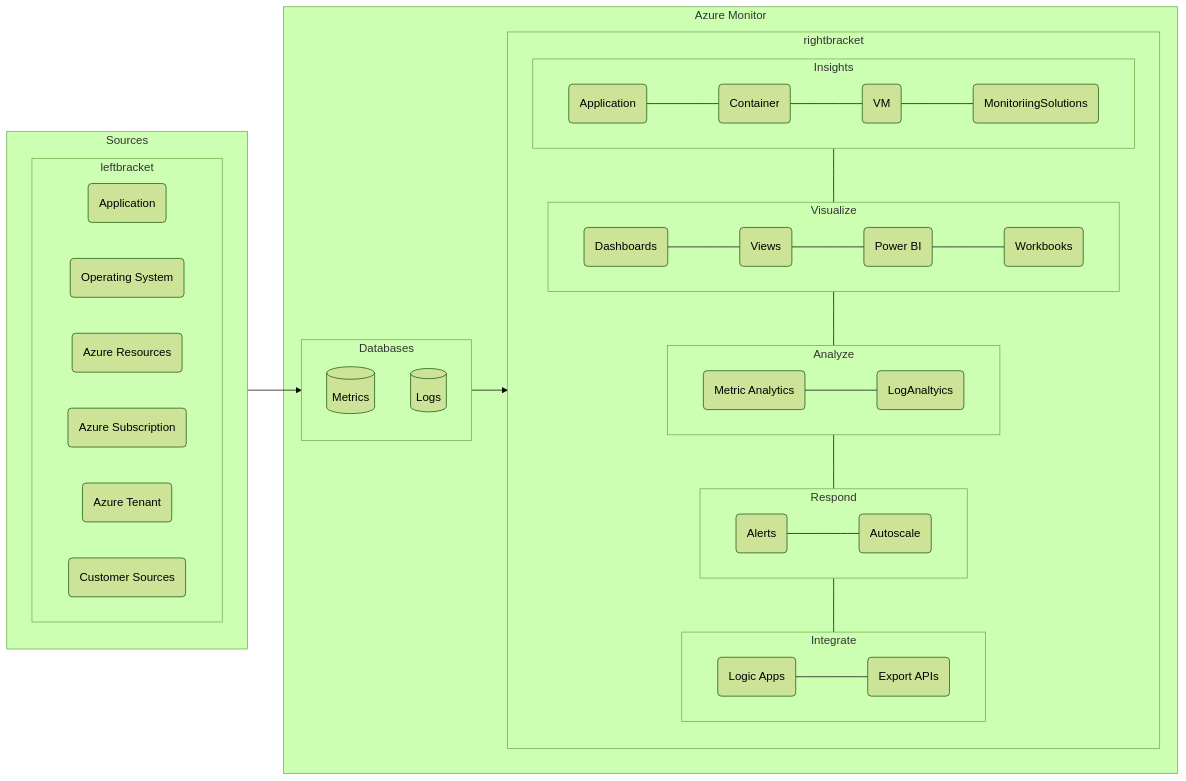
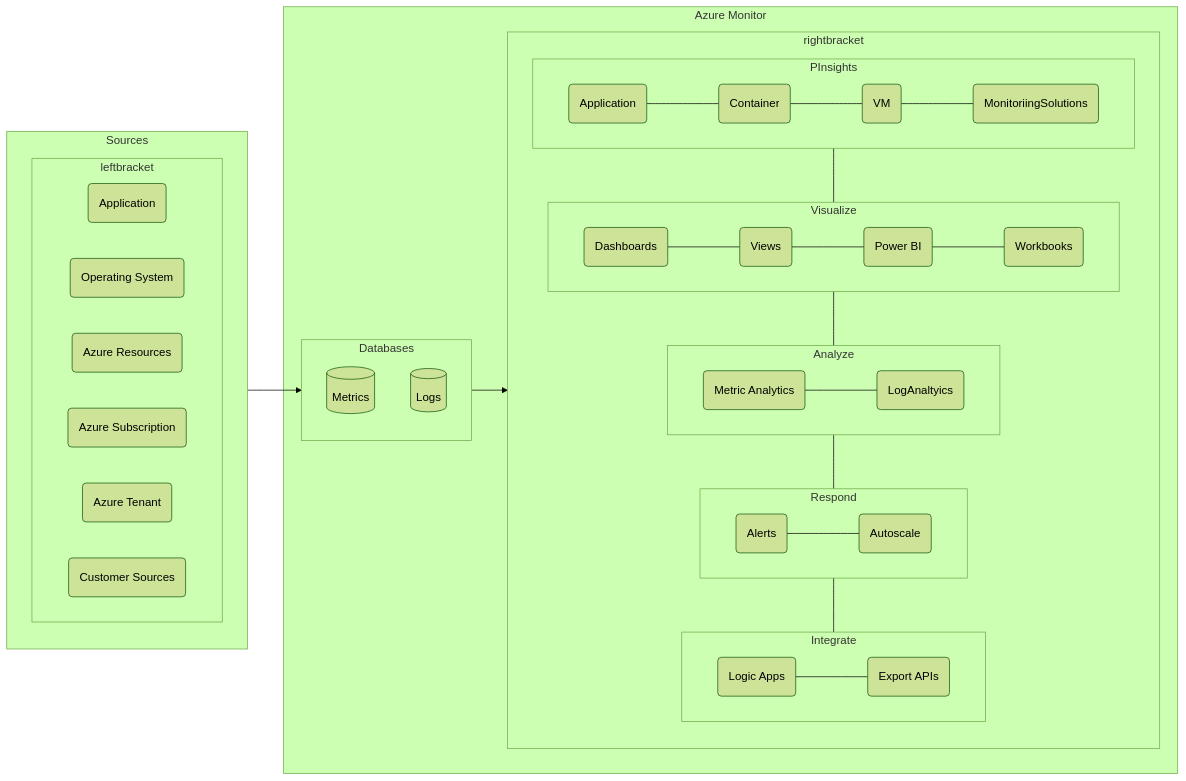
Before and after one commit to IngridAtMicrosoft/DocsContent: the diagram in singlesource/azure-monitor-raw.mmd, drawn with Mermaid (forest theme).

Commit message:
seeing if action gets triggered

```diff
--- a/singlesource/azure-monitor-raw.mmd
+++ b/singlesource/azure-monitor-raw.mmd
@@ -1,51 +1,51 @@
 flowchart LR
   subgraph am [Azure Monitor]
     subgraph databases [Databases]
       Metrics[(Metrics)]
       Logs[(Logs)]
     end
     subgraph rightbracket
-      subgraph insights [Insights]
+      subgraph insights [PInsights]
         Application(Application)
         Container(Container)
         VM(VM)
         MonitoringSolutions(MonitoriingSolutions)
       end
       subgraph visualize [Visualize]
         Dashboards(Dashboards)
         Views(Views)
         PowerBI(Power BI)
         Workbooks(Workbooks)
       end
       subgraph analyze [Analyze]
         MetricAnalytics(Metric Analytics)
         LogAnaltyics(LogAnaltyics)
       end
       subgraph respond [Respond]
         Alerts(Alerts)
         Autoscale(Autoscale)
       end
       subgraph integrate [Integrate]
         LogicApps(Logic Apps)
         ExportAPIs(Export APIs)
       end
      end
   end
   subgraph sources [Sources]
     subgraph leftbracket
      App(Application)
      OpSys(Operating System)
      AR(Azure Resources)
      Sub(Azure Subscription)
      AzT(Azure Tenant)
      Cust(Customer Sources)
      end
    end
 sources --> databases
 databases --> rightbracket
 Application --- Container --- VM --- MonitoringSolutions
 Dashboards --- Views --- PowerBI --- Workbooks
 MetricAnalytics --- LogAnaltyics
 Alerts --- Autoscale
 LogicApps --- ExportAPIs
 insights --- visualize --- analyze --- respond --- integrate
```
